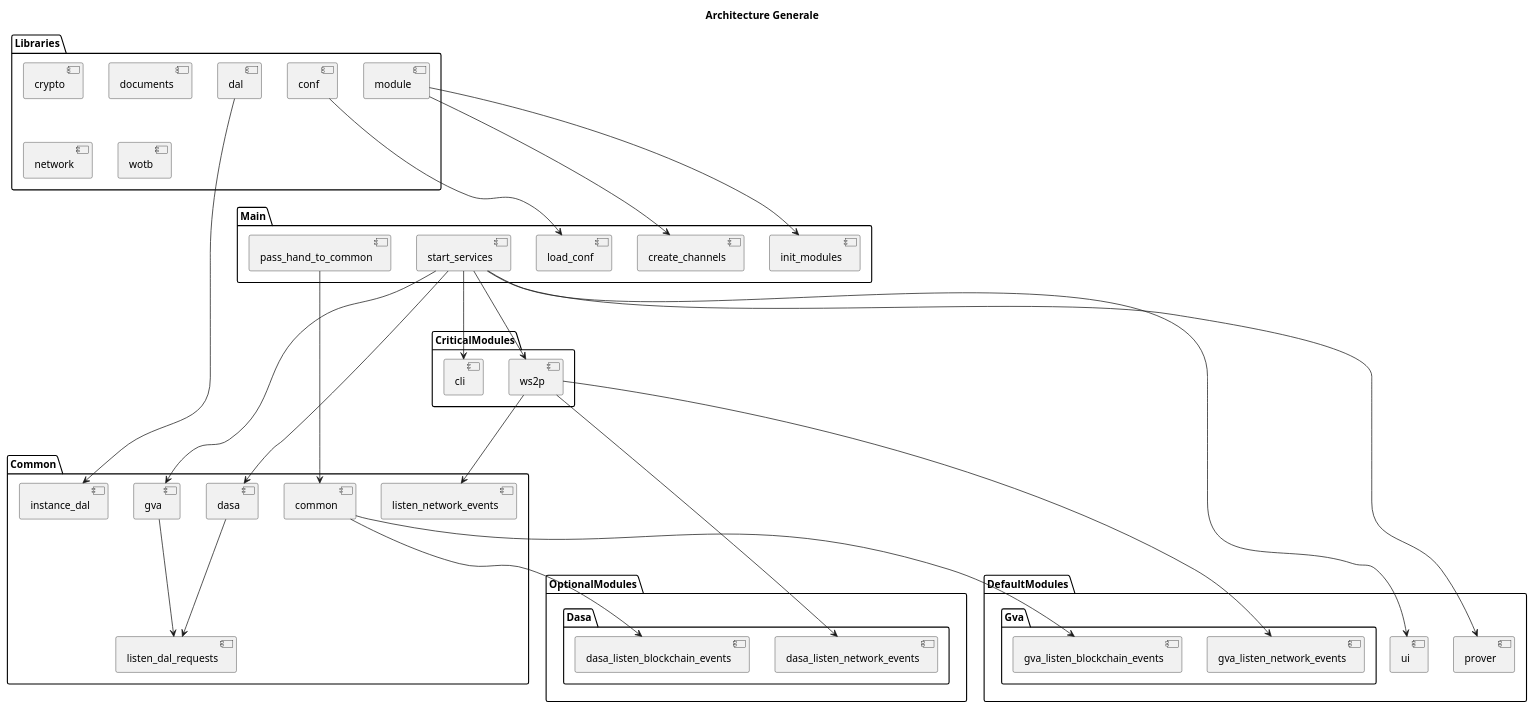
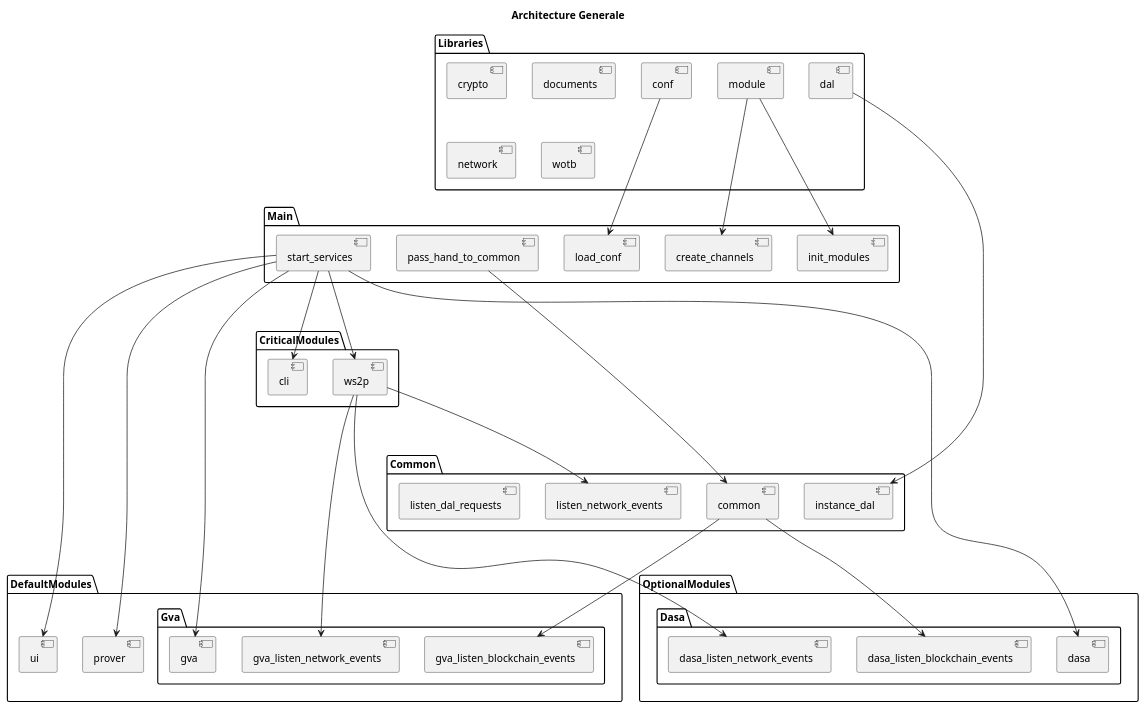
One commit to duniter/website_fr changed the diagram in content/pages/wiki/duniter-rs/architecture.md. Above: the diagram before and after it, drawn with PlantUML.

Commit message:
update duniter-rs archi graph

```diff
--- a/content/pages/wiki/duniter-rs/architecture.md
+++ b/content/pages/wiki/duniter-rs/architecture.md
@@ -11,54 +11,53 @@
 @startuml
 
 title Architecture Generale
 
 package "Libraries" {
     [crypto]
     [conf]
     [documents]
     [module]
     [network]
     [wotb]
     [dal]
 }
 
 package "Main" {
     [conf] ---> [load_conf]
     [module] ---> [create_channels]
     [module] ---> [init_modules]
     [start_services]
     [pass_hand_to_common]
 }
 
 package "CriticalModules" {
   [start_services] ---> [cli]
   [start_services] ---> [ws2p]
 }
 
 package "Common" {
     [pass_hand_to_common] ---> [common]
     [dal] ---> [instance_dal]
     [ws2p] ---> [listen_network_events]
-    [gva] ---> [listen_dal_requests]
-    [dasa] ---> [listen_dal_requests]
+    [listen_dal_requests]
 }
 
 package "DefaultModules" {
   [start_services] ---> [prover]
   [start_services] ---> [ui]
   package "Gva" {
         [start_services] ---> [gva]
         [ws2p] ---> [gva_listen_network_events]
         [common] ---> [gva_listen_blockchain_events]
     }
 }
 
 package "OptionalModules" {
     package "Dasa" {
         [start_services] ---> [dasa]
         [ws2p] ---> [dasa_listen_network_events]
         [common] ---> [dasa_listen_blockchain_events]
     }
 }
 
 @enduml
```
